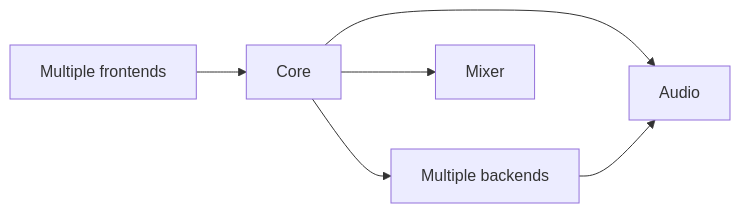
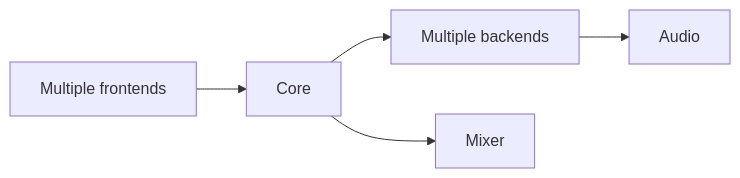
The first of 4 diagrams in docs/reference/architecture.md (FilipVelichkovski/mopidy), drawn with Mermaid before and after one commit. The commit also changed other lines of this file and 23 other files, not shown here.

````diff
--- a/docs/reference/architecture.md
+++ b/docs/reference/architecture.md
@@ -9,8 +9,7 @@
 ```mermaid
 graph LR
   frontend[Multiple frontends] --> core[Core];
   core --> backend[Multiple backends];
   core --> mixer[Mixer];
-  core --> audio[Audio];
-  backend --> audio;
+  backend --> audio[Audio];
 ```
````
